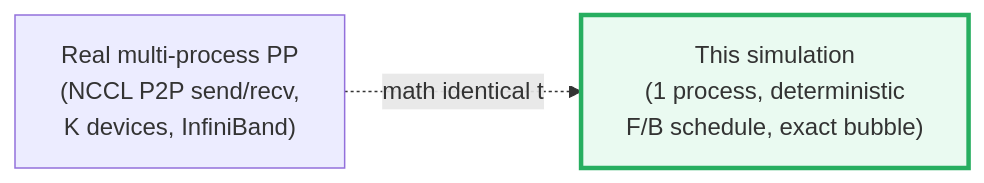
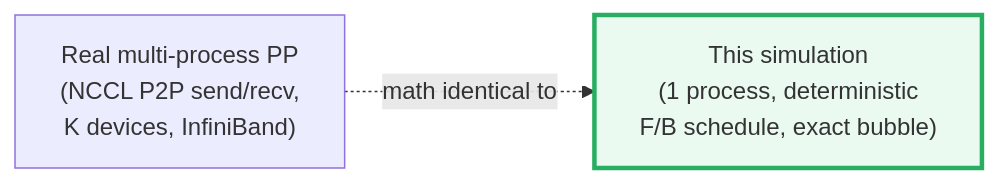
The eighth of 9 diagrams in llm/PIPELINE_PARALLEL.md (quanhua92/tutorials), drawn with Mermaid before and after one commit. The commit also changed 74 other files, not shown here.

First line of the commit message:
fix(mermaid): fix all 11 mmdc-verified broken diagrams across 72 files

````diff
--- a/llm/PIPELINE_PARALLEL.md
+++ b/llm/PIPELINE_PARALLEL.md
@@ -585,5 +585,5 @@
 ```mermaid
 graph LR
-    REAL["Real multi-process PP<br/>(NCCL P2P send/recv,<br/>K devices, InfiniBand)"] -.math identical to.-> SIM["This simulation<br/>(1 process, deterministic<br/>F/B schedule, exact bubble)"]
+    REAL["Real multi-process PP<br/>(NCCL P2P send/recv,<br/>K devices, InfiniBand)"] -.->|math identical to| SIM["This simulation<br/>(1 process, deterministic<br/>F/B schedule, exact bubble)"]
     style SIM fill:#eafaf1,stroke:#27ae60,stroke-width:3px
 ```
````
